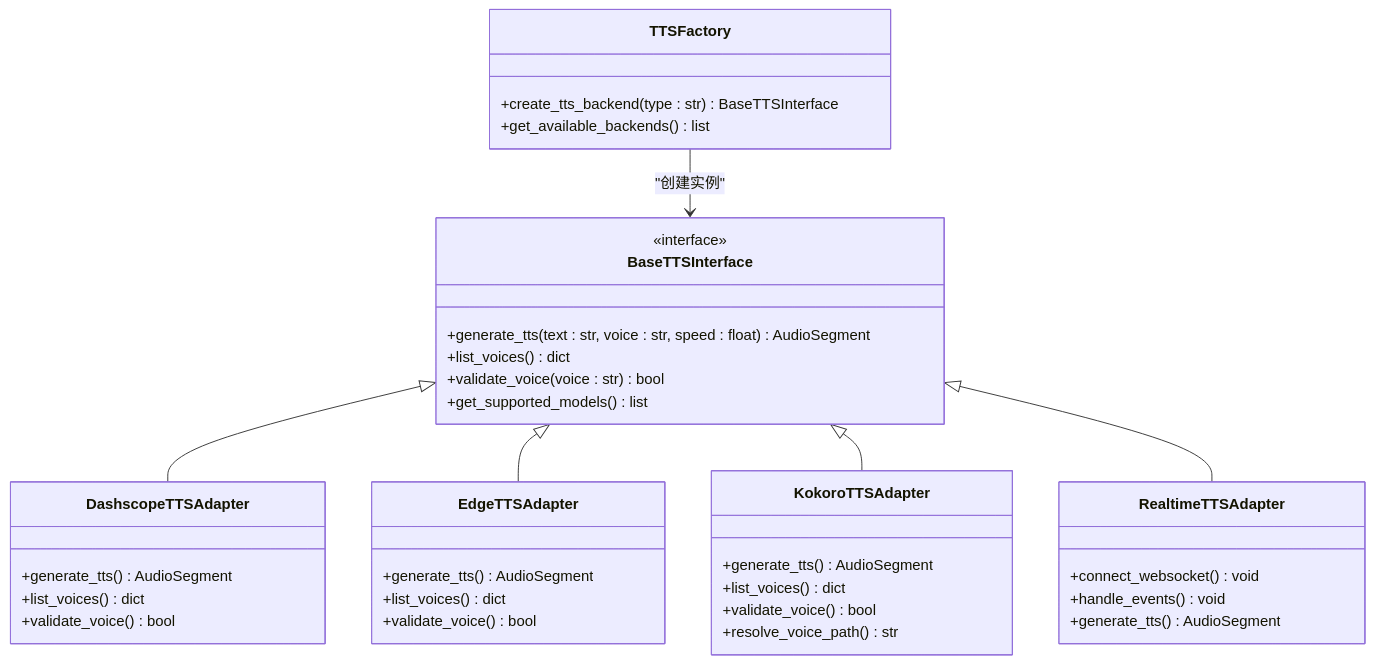
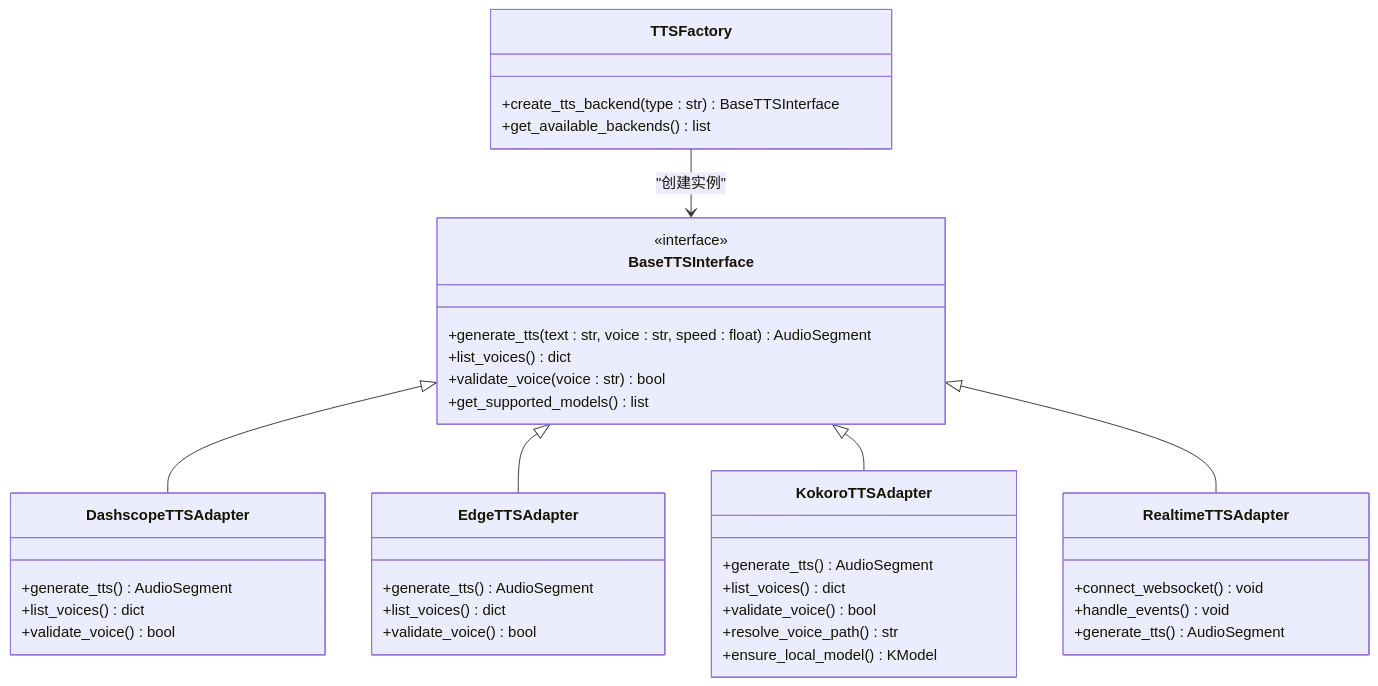
One commit to 1024dashen/Vue3Speech changed diagram 12 of 14 in .qoder/repowiki/zh/content/后端服务架构/后端服务架构.md. Above: the diagram before and after it, drawn with Mermaid. The commit also changed other lines of this file and 5 other files, not shown here.

````diff
--- a/.qoder/repowiki/zh/content/后端服务架构/后端服务架构.md
+++ b/.qoder/repowiki/zh/content/后端服务架构/后端服务架构.md
@@ -597,40 +697,41 @@
 ```mermaid
 classDiagram
 class BaseTTSInterface {
 <<interface>>
 +generate_tts(text : str, voice : str, speed : float) AudioSegment
 +list_voices() dict
 +validate_voice(voice : str) bool
 +get_supported_models() list
 }
 class DashscopeTTSAdapter {
 +generate_tts() AudioSegment
 +list_voices() dict
 +validate_voice() bool
 }
 class EdgeTTSAdapter {
 +generate_tts() AudioSegment
 +list_voices() dict
 +validate_voice() bool
 }
 class KokoroTTSAdapter {
 +generate_tts() AudioSegment
 +list_voices() dict
 +validate_voice() bool
 +resolve_voice_path() str
++ensure_local_model() KModel
 }
 class RealtimeTTSAdapter {
 +connect_websocket() void
 +handle_events() void
 +generate_tts() AudioSegment
 }
 class TTSFactory {
 +create_tts_backend(type : str) BaseTTSInterface
 +get_available_backends() list
 }
 BaseTTSInterface <|-- DashscopeTTSAdapter
 BaseTTSInterface <|-- EdgeTTSAdapter
 BaseTTSInterface <|-- KokoroTTSAdapter
 BaseTTSInterface <|-- RealtimeTTSAdapter
 TTSFactory --> BaseTTSInterface : "创建实例"
 ```
````
